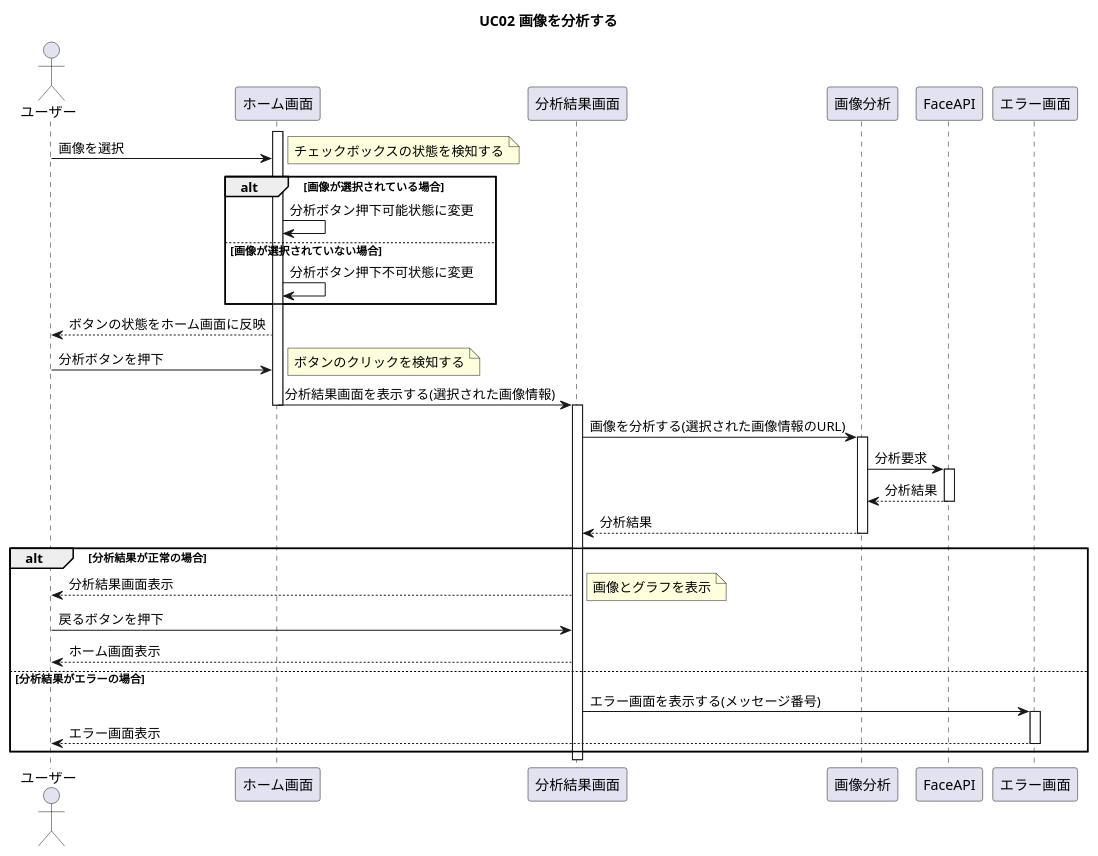
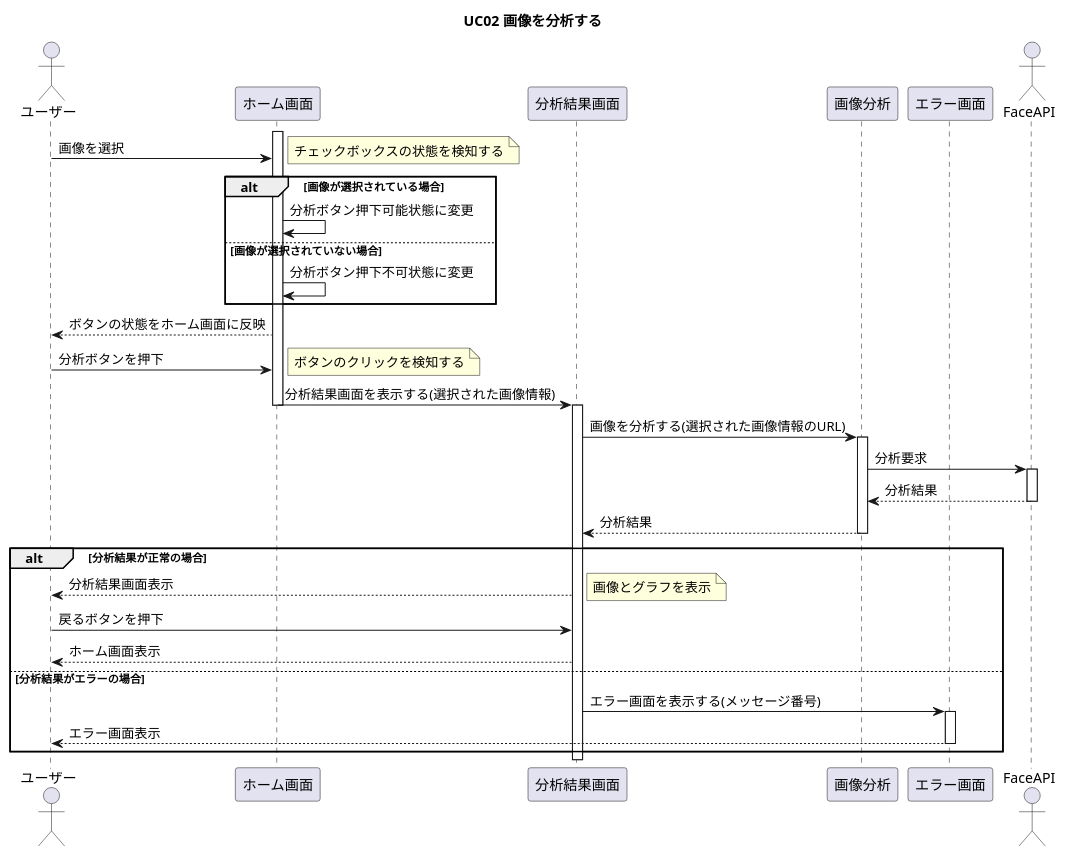
One commit to nishikawa1114/FaceEmotionSystem changed the diagram in uml/seqDiag02.pu. Above: the diagram before and after it, drawn with PlantUML.

Commit message:
シーケンス図UC02の修正

```diff
--- a/uml/seqDiag02.pu
+++ b/uml/seqDiag02.pu
@@ -1,50 +1,50 @@
 @startuml
 title UC02 画像を分析する
 
 actor ユーザー
 participant ホーム画面
 participant 分析結果画面
 participant 画像分析
-participant FaceAPI
 participant エラー画面
+actor FaceAPI
 
 activate ホーム画面
 ユーザー -> ホーム画面 : 画像を選択
 note right : チェックボックスの状態を検知する
 
 alt 画像が選択されている場合
 ホーム画面 -> ホーム画面 : 分析ボタン押下可能状態に変更
 
 else 画像が選択されていない場合
 ホーム画面 -> ホーム画面 : 分析ボタン押下不可状態に変更
 end
 ユーザー <-- ホーム画面 : ボタンの状態をホーム画面に反映
 
 ユーザー -> ホーム画面 : 分析ボタンを押下
 note right : ボタンのクリックを検知する
 ホーム画面 -> 分析結果画面 : 分析結果画面を表示する(選択された画像情報)
 deactivate ホーム画面
 activate 分析結果画面
 分析結果画面 -> 画像分析 : 画像を分析する(選択された画像情報のURL)
 activate 画像分析
 画像分析 -> FaceAPI : 分析要求
 activate FaceAPI
 画像分析 <-- FaceAPI : 分析結果
 deactivate FaceAPI
 分析結果画面 <-- 画像分析 : 分析結果
 deactivate 画像分析
 
 alt 分析結果が正常の場合
 ユーザー <-- 分析結果画面 : 分析結果画面表示
 note right : 画像とグラフを表示
 ユーザー -> 分析結果画面 : 戻るボタンを押下
 ユーザー <-- 分析結果画面 : ホーム画面表示
 
 else 分析結果がエラーの場合
 分析結果画面 -> エラー画面 : エラー画面を表示する(メッセージ番号)
 activate エラー画面
 ユーザー <-- エラー画面 : エラー画面表示
 deactivate エラー画面
 end
 
 @enduml
```
